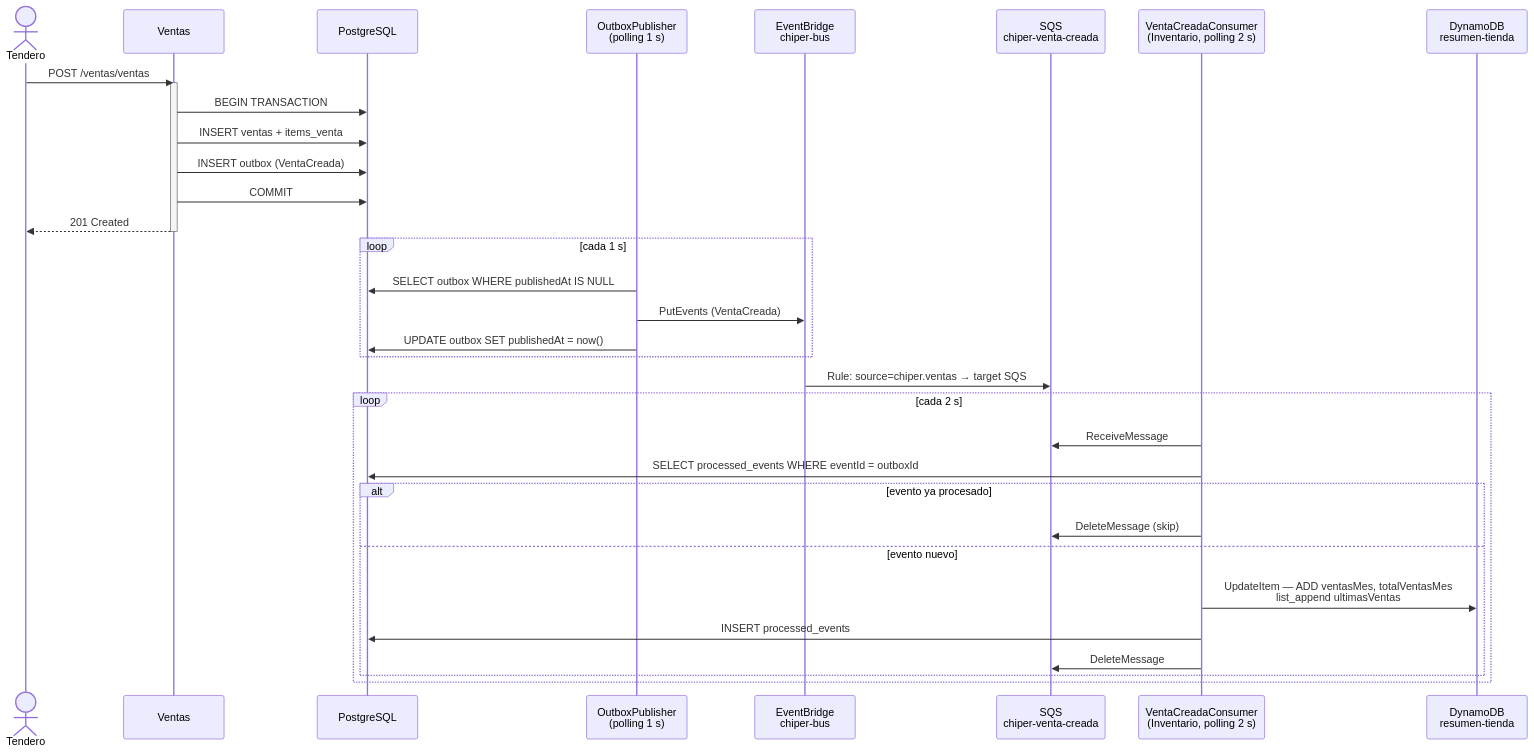
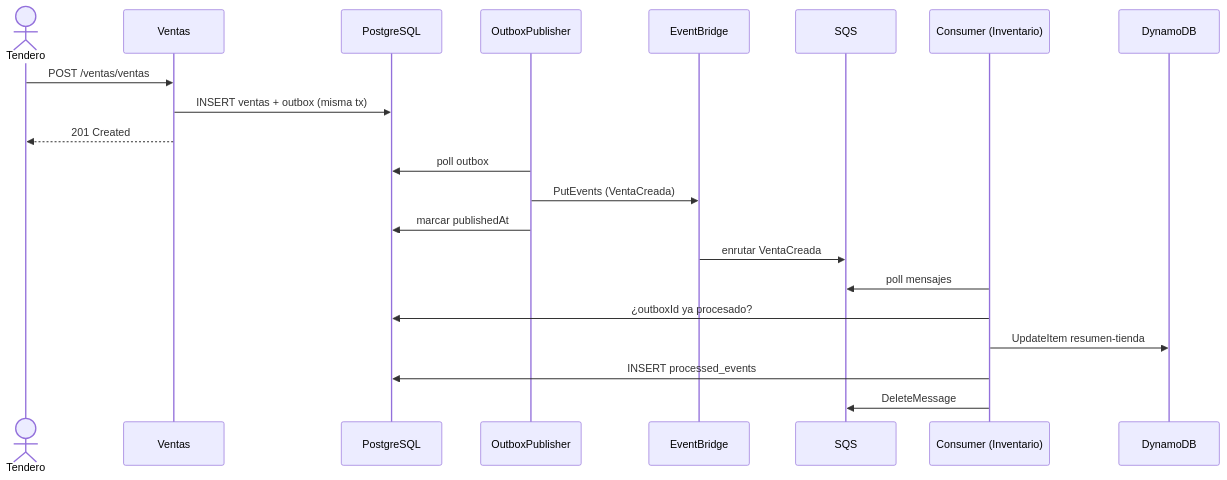
Before and after one commit to ISIS-2212-Arquitecturas-Robustas/laboratorios: the first of 3 diagrams in lab_8/lab_8_eda_cqrs_event_sourcing.md, drawn with Mermaid. The commit also changed other lines of this file, not shown here.

Commit message:
Diagrama

````diff
--- a/lab_8/lab_8_eda_cqrs_event_sourcing.md
+++ b/lab_8/lab_8_eda_cqrs_event_sourcing.md
@@ -113,40 +113,27 @@
 ```mermaid
 sequenceDiagram
     actor Tendero
-    participant V as Ventas
-    participant PG as PostgreSQL
-    participant OP as OutboxPublisher<br/>(polling 1 s)
-    participant EB as EventBridge<br/>chiper-bus
-    participant SQS as SQS<br/>chiper-venta-creada
-    participant C as VentaCreadaConsumer<br/>(Inventario, polling 2 s)
-    participant DY as DynamoDB<br/>resumen-tienda
+    participant Ventas
+    participant PostgreSQL
+    participant OutboxPublisher
+    participant EventBridge
+    participant SQS
+    participant Consumer as Consumer (Inventario)
+    participant DynamoDB
 
-    Tendero->>V: POST /ventas/ventas
-    activate V
-    V->>PG: BEGIN TRANSACTION
-    V->>PG: INSERT ventas + items_venta
-    V->>PG: INSERT outbox (VentaCreada)
-    V->>PG: COMMIT
-    V-->>Tendero: 201 Created
-    deactivate V
+    Tendero->>Ventas: POST /ventas/ventas
+    Ventas->>PostgreSQL: INSERT ventas + outbox (misma tx)
+    Ventas-->>Tendero: 201 Created
 
-    loop cada 1 s
-        OP->>PG: SELECT outbox WHERE publishedAt IS NULL
-        OP->>EB: PutEvents (VentaCreada)
-        OP->>PG: UPDATE outbox SET publishedAt = now()
-    end
+    OutboxPublisher->>PostgreSQL: poll outbox
+    OutboxPublisher->>EventBridge: PutEvents (VentaCreada)
+    OutboxPublisher->>PostgreSQL: marcar publishedAt
 
-    EB->>SQS: Rule: source=chiper.ventas → target SQS
+    EventBridge->>SQS: enrutar VentaCreada
 
-    loop cada 2 s
-        C->>SQS: ReceiveMessage
-        C->>PG: SELECT processed_events WHERE eventId = outboxId
-        alt evento ya procesado
-            C->>SQS: DeleteMessage (skip)
-        else evento nuevo
-            C->>DY: UpdateItem — ADD ventasMes, totalVentasMes<br/>list_append ultimasVentas
-            C->>PG: INSERT processed_events
-            C->>SQS: DeleteMessage
-        end
-    end
+    Consumer->>SQS: poll mensajes
+    Consumer->>PostgreSQL: ¿outboxId ya procesado?
+    Consumer->>DynamoDB: UpdateItem resumen-tienda
+    Consumer->>PostgreSQL: INSERT processed_events
+    Consumer->>SQS: DeleteMessage
 ```
````
